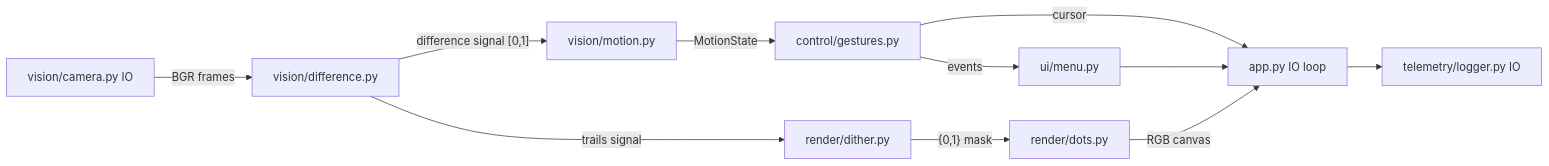
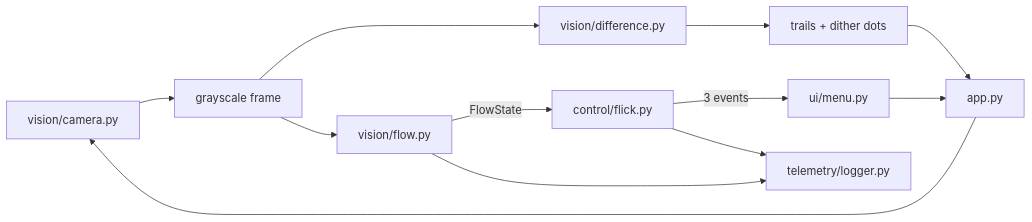
The diagram in docs/architecture.md (Vanamali-Sims/mdither_console), drawn with Mermaid before and after one commit. The commit also changed other lines of this file and 25 other files, not shown here.

````diff
--- a/docs/architecture.md
+++ b/docs/architecture.md
@@ -25,13 +12,14 @@
 ```mermaid
 flowchart LR
-    Camera[vision/camera.py IO] -->|BGR frames| Diff[vision/difference.py]
-    Diff -->|"difference signal [0,1]"| Motion[vision/motion.py]
-    Diff -->|trails signal| Dither[render/dither.py]
-    Motion -->|MotionState| Gestures[control/gestures.py]
-    Dither -->|"{0,1} mask"| Dots[render/dots.py]
-    Gestures -->|events| Menu[ui/menu.py]
-    Gestures -->|cursor| App[app.py IO loop]
+    Camera[vision/camera.py] --> Gray[grayscale frame]
+    Gray --> Diff[vision/difference.py]
+    Diff --> Trails[trails + dither dots]
+    Gray --> Flow[vision/flow.py]
+    Flow -->|FlowState| Flick[control/flick.py]
+    Flick -->|3 events| Menu[ui/menu.py]
+    App[app.py] --> Camera
+    Trails --> App
     Menu --> App
-    Dots -->|RGB canvas| App
-    App --> Telemetry[telemetry/logger.py IO]
+    Flow --> Telemetry[telemetry/logger.py]
+    Flick --> Telemetry
 ```
````
